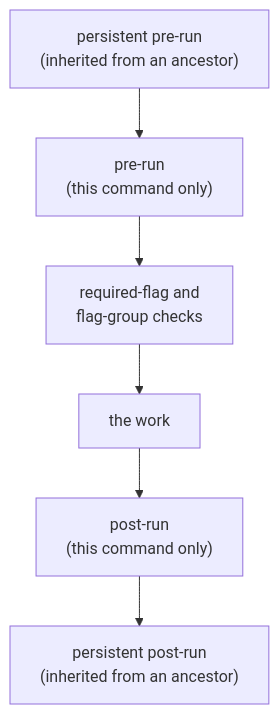
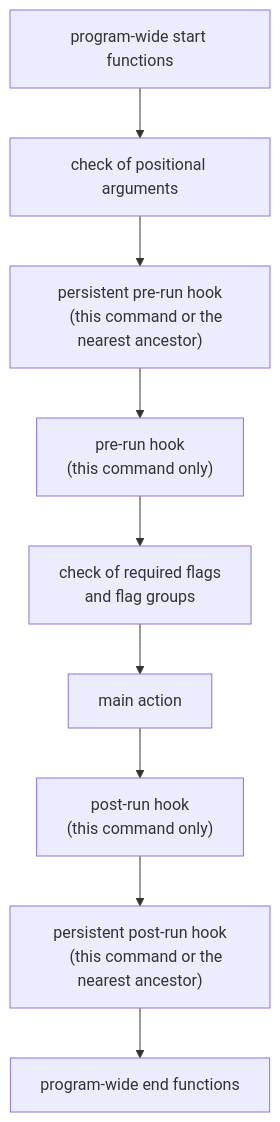
The second of 4 diagrams in docs/examples/cobra/.cluedoc/execution-and-dispatch/lifecycle-hooks/README.md (KeunwooPark/cluedoc), drawn with Mermaid before and after one commit. The commit also changed other lines of this file and 22 other files, not shown here.

````diff
--- a/docs/examples/cobra/.cluedoc/execution-and-dispatch/lifecycle-hooks/README.md
+++ b/docs/examples/cobra/.cluedoc/execution-and-dispatch/lifecycle-hooks/README.md
@@ -37,13 +49,16 @@
 ```mermaid
 flowchart TD
-    S1["persistent pre-run
-    (inherited from an ancestor)"] --> S2["pre-run
+    I["program-wide start functions"] --> V["check of positional arguments"]
+    V --> S1["persistent pre-run hook
+    (this command or the nearest ancestor)"]
+    S1 --> S2["pre-run hook
     (this command only)"]
-    S2 --> CHK["required-flag and
-    flag-group checks"]
-    CHK --> W["the work"]
-    W --> S3["post-run
+    S2 --> CHK["check of required flags
+    and flag groups"]
+    CHK --> W["main action"]
+    W --> S3["post-run hook
     (this command only)"]
-    S3 --> S4["persistent post-run
-    (inherited from an ancestor)"]
+    S3 --> S4["persistent post-run hook
+    (this command or the nearest ancestor)"]
+    S4 --> F["program-wide end functions"]
 ```
````
